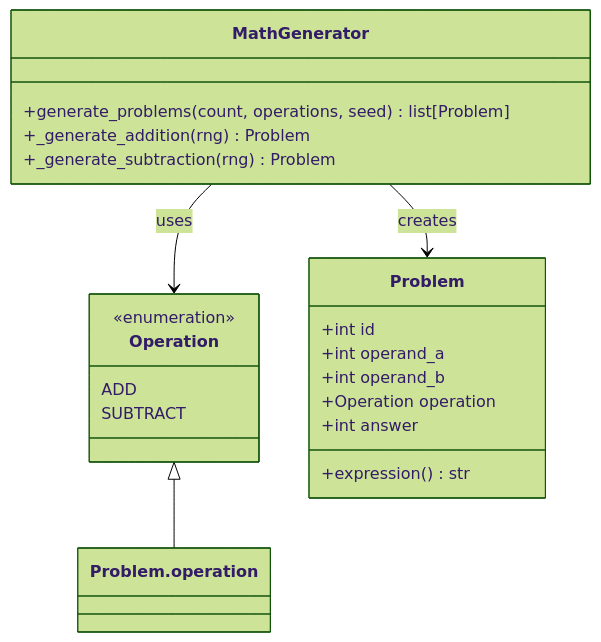
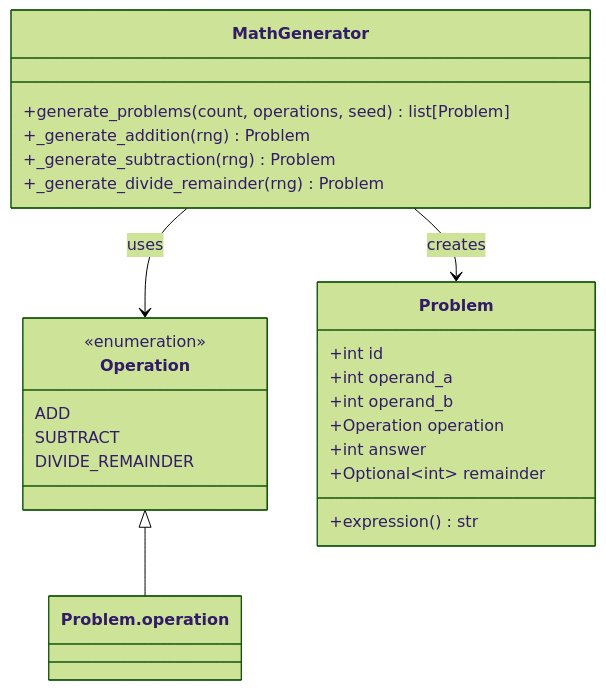
One commit to SimonWHL/math-learning changed the second of 9 diagrams in .qoder/repowiki/zh/content/项目结构/核心生成器.md. Above: the diagram before and after it, drawn with Mermaid (forest theme). The commit also changed other lines of this file and 17 other files, not shown here.

````diff
--- a/.qoder/repowiki/zh/content/项目结构/核心生成器.md
+++ b/.qoder/repowiki/zh/content/项目结构/核心生成器.md
@@ -90,24 +105,27 @@
 ```mermaid
 classDiagram
 class Operation {
 <<enumeration>>
 ADD
 SUBTRACT
+DIVIDE_REMAINDER
 }
 class Problem {
 +int id
 +int operand_a
 +int operand_b
 +Operation operation
 +int answer
++Optional~int~ remainder
 +expression() str
 }
 class MathGenerator {
 +generate_problems(count, operations, seed) list[Problem]
 +_generate_addition(rng) Problem
 +_generate_subtraction(rng) Problem
++_generate_divide_remainder(rng) Problem
 }
 Operation <|-- Problem.operation
 MathGenerator --> Problem : creates
 MathGenerator --> Operation : uses
 ```
````
